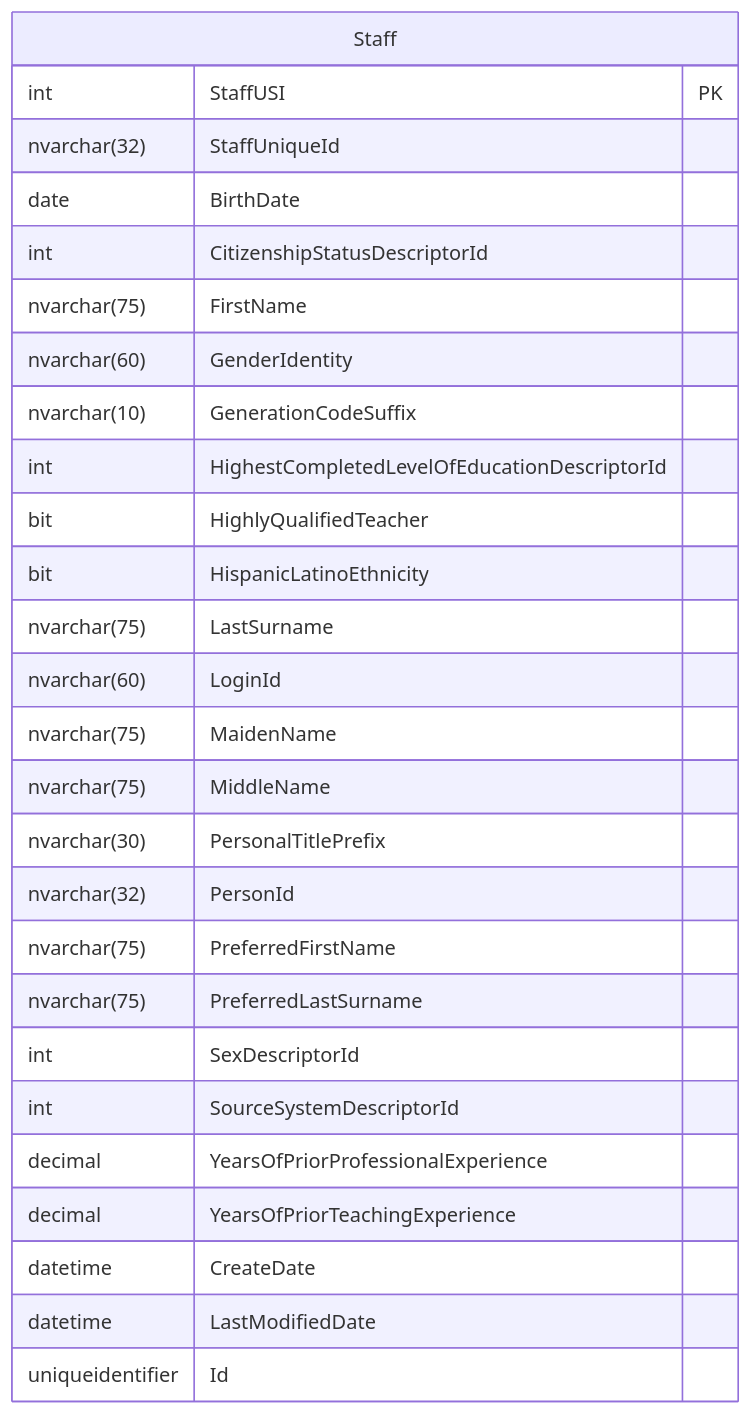
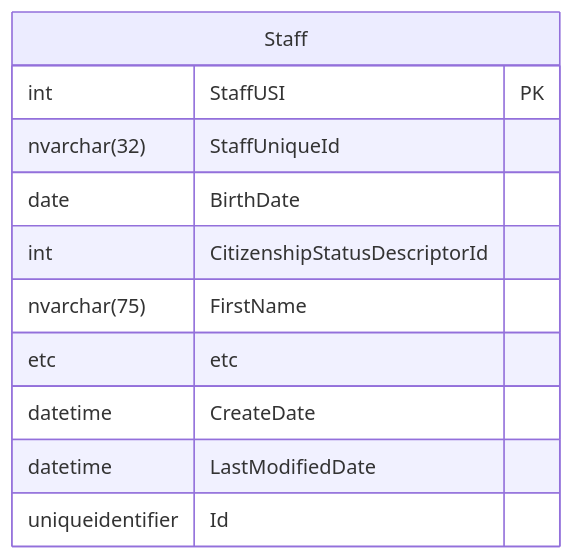
The second of 3 diagrams in docs/reference/2-ods-api/technical-articles/key-structure-in-the-ed-fi-ods-api.md (Ed-Fi-Alliance-OSS/ed-fi-alliance-oss.github.io), drawn with Mermaid before and after one commit. The commit also changed other lines of this file and 33 other files, not shown here.

````diff
--- a/docs/reference/2-ods-api/technical-articles/key-structure-in-the-ed-fi-ods-api.md
+++ b/docs/reference/2-ods-api/technical-articles/key-structure-in-the-ed-fi-ods-api.md
@@ -95,36 +95,20 @@
 ```mermaid
 %%{init: {
     "theme": "",
     "themeCSS": [
         "[id*=entity-Staff] rect:nth-of-type(3),[id*=entity-Staff] rect:nth-of-type(6) { fill: orange;}"]
 }
 }%%
 erDiagram
     Staff {
         int StaffUSI PK
         nvarchar(32) StaffUniqueId
         date BirthDate
         int CitizenshipStatusDescriptorId
         nvarchar(75) FirstName
-        nvarchar(60) GenderIdentity
-        nvarchar(10) GenerationCodeSuffix
-        int HighestCompletedLevelOfEducationDescriptorId
-        bit HighlyQualifiedTeacher
-        bit HispanicLatinoEthnicity
-        nvarchar(75) LastSurname
-        nvarchar(60) LoginId
-        nvarchar(75) MaidenName
-        nvarchar(75) MiddleName
-        nvarchar(30) PersonalTitlePrefix
-        nvarchar(32) PersonId
-        nvarchar(75) PreferredFirstName
-        nvarchar(75) PreferredLastSurname
-        int SexDescriptorId
-        int SourceSystemDescriptorId
-        decimal YearsOfPriorProfessionalExperience
-        decimal YearsOfPriorTeachingExperience
+        etc etc
         datetime CreateDate
         datetime LastModifiedDate
         uniqueidentifier Id
     }
 ```
````
